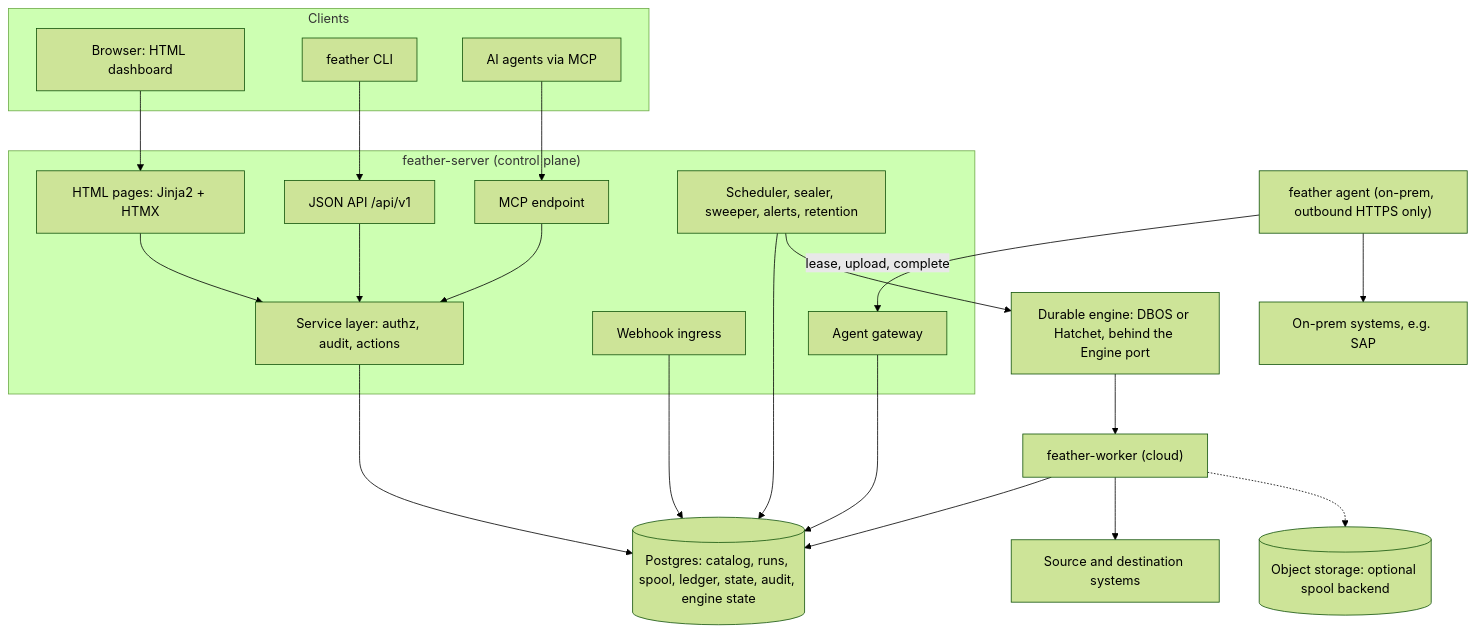
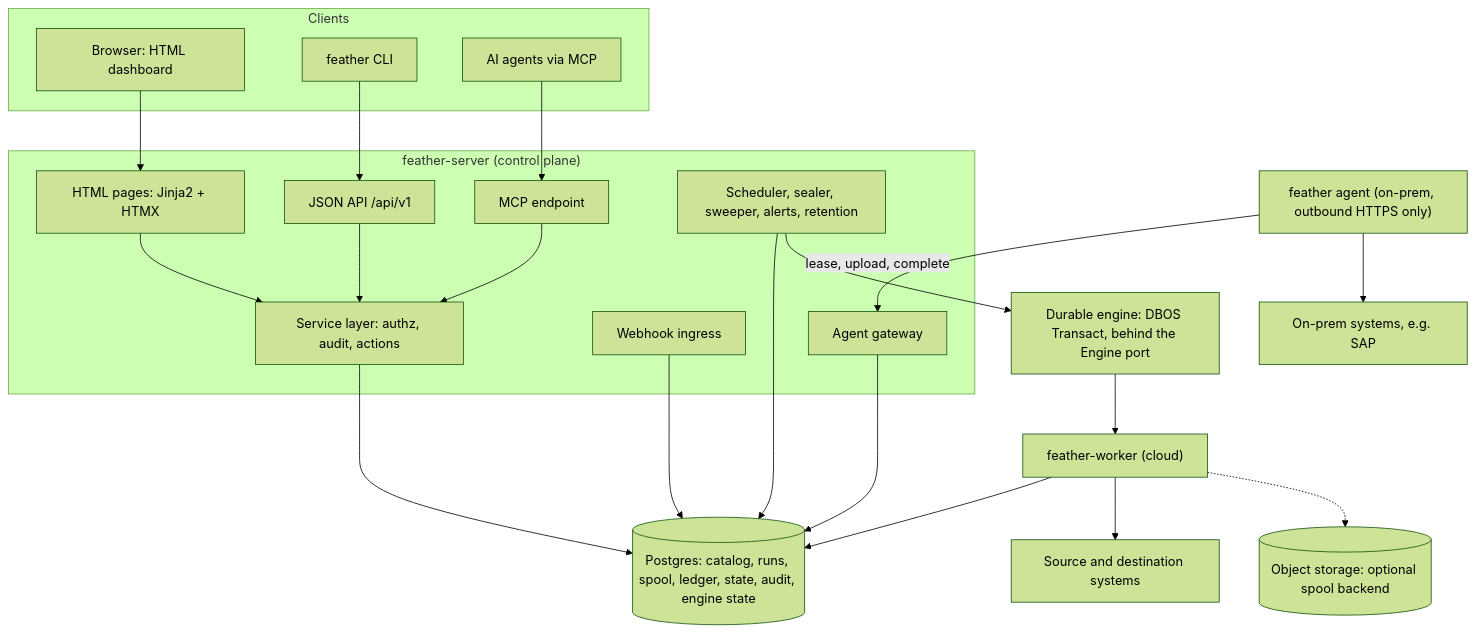
Before and after one commit to dev-sukkur/feather-connect-pilot: the first of 4 diagrams in docs/02-design/2026-10-30-feather-connect-design.md, drawn with Mermaid (forest theme). The commit also changed other lines of this file and 10 other files, not shown here.

First line of the commit message:
Accept DBOS as the engine and apply the spike findings

````diff
--- a/docs/02-design/2026-10-30-feather-connect-design.md
+++ b/docs/02-design/2026-10-30-feather-connect-design.md
@@ -43,42 +44,42 @@
 ```mermaid
 flowchart TB
   subgraph clients["Clients"]
     UI["Browser: HTML dashboard"]
     CLI["feather CLI"]
     AIA["AI agents via MCP"]
   end
   subgraph server["feather-server (control plane)"]
     WEB["HTML pages: Jinja2 + HTMX"]
     API["JSON API /api/v1"]
     MCPS["MCP endpoint"]
     SVC["Service layer: authz, audit, actions"]
     BG["Scheduler, sealer, sweeper, alerts, retention"]
     ING["Webhook ingress"]
     GW["Agent gateway"]
   end
   PG[("Postgres: catalog, runs, spool, ledger, state, audit, engine state")]
-  ENG["Durable engine: DBOS or Hatchet, behind the Engine port"]
+  ENG["Durable engine: DBOS Transact, behind the Engine port"]
   W["feather-worker (cloud)"]
   AG["feather agent (on-prem, outbound HTTPS only)"]
   OBJ[("Object storage: optional spool backend")]
   EXT["Source and destination systems"]
   ONPREM["On-prem systems, e.g. SAP"]
 
   UI --> WEB
   CLI --> API
   AIA --> MCPS
   WEB --> SVC
   API --> SVC
   MCPS --> SVC
   SVC --> PG
   BG --> PG
   BG --> ENG
   ING --> PG
   ENG --> W
   W --> PG
   W --> EXT
   W -.-> OBJ
   AG -->|"lease, upload, complete"| GW
   GW --> PG
   AG --> ONPREM
 ```
````
